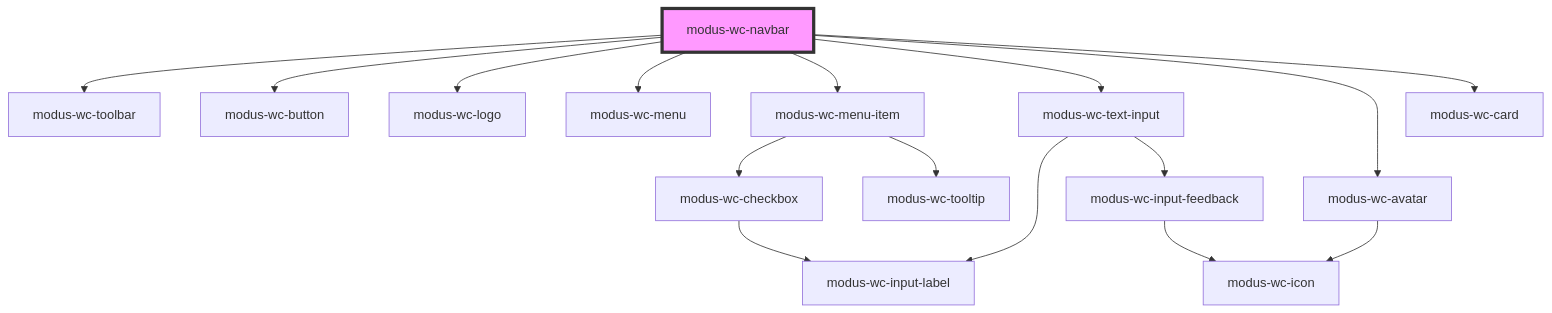
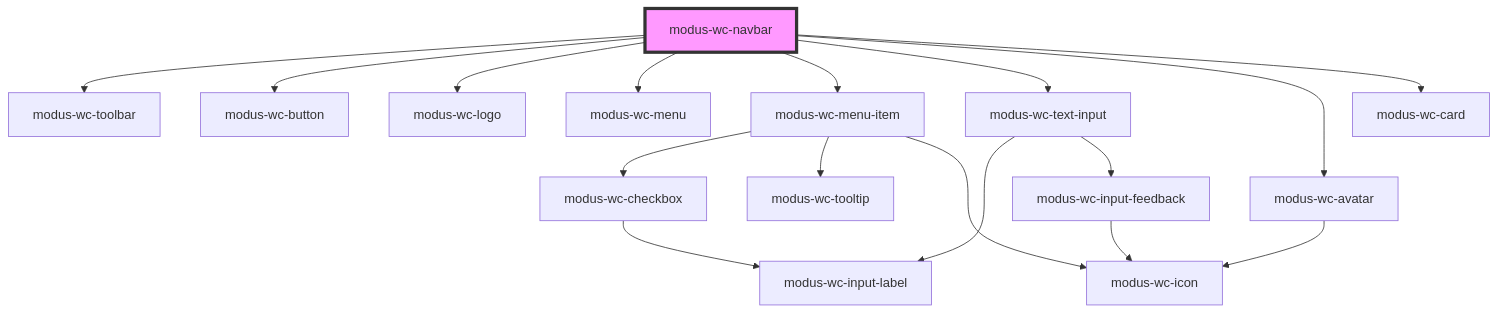
Before and after one commit to trimble-oss/modus-wc-2.0: the diagram in src/components/modus-wc-navbar/readme.md, drawn with Mermaid. The commit also changed 20 other files, not shown here.

````diff
--- a/src/components/modus-wc-navbar/readme.md
+++ b/src/components/modus-wc-navbar/readme.md
@@ -66,19 +66,20 @@
 ```mermaid
 graph TD;
   modus-wc-navbar --> modus-wc-toolbar
   modus-wc-navbar --> modus-wc-button
   modus-wc-navbar --> modus-wc-logo
   modus-wc-navbar --> modus-wc-menu
   modus-wc-navbar --> modus-wc-menu-item
   modus-wc-navbar --> modus-wc-text-input
   modus-wc-navbar --> modus-wc-avatar
   modus-wc-navbar --> modus-wc-card
   modus-wc-menu-item --> modus-wc-checkbox
   modus-wc-menu-item --> modus-wc-tooltip
+  modus-wc-menu-item --> modus-wc-icon
   modus-wc-checkbox --> modus-wc-input-label
   modus-wc-text-input --> modus-wc-input-label
   modus-wc-text-input --> modus-wc-input-feedback
   modus-wc-input-feedback --> modus-wc-icon
   modus-wc-avatar --> modus-wc-icon
   style modus-wc-navbar fill:#f9f,stroke:#333,stroke-width:4px
 ```
````
